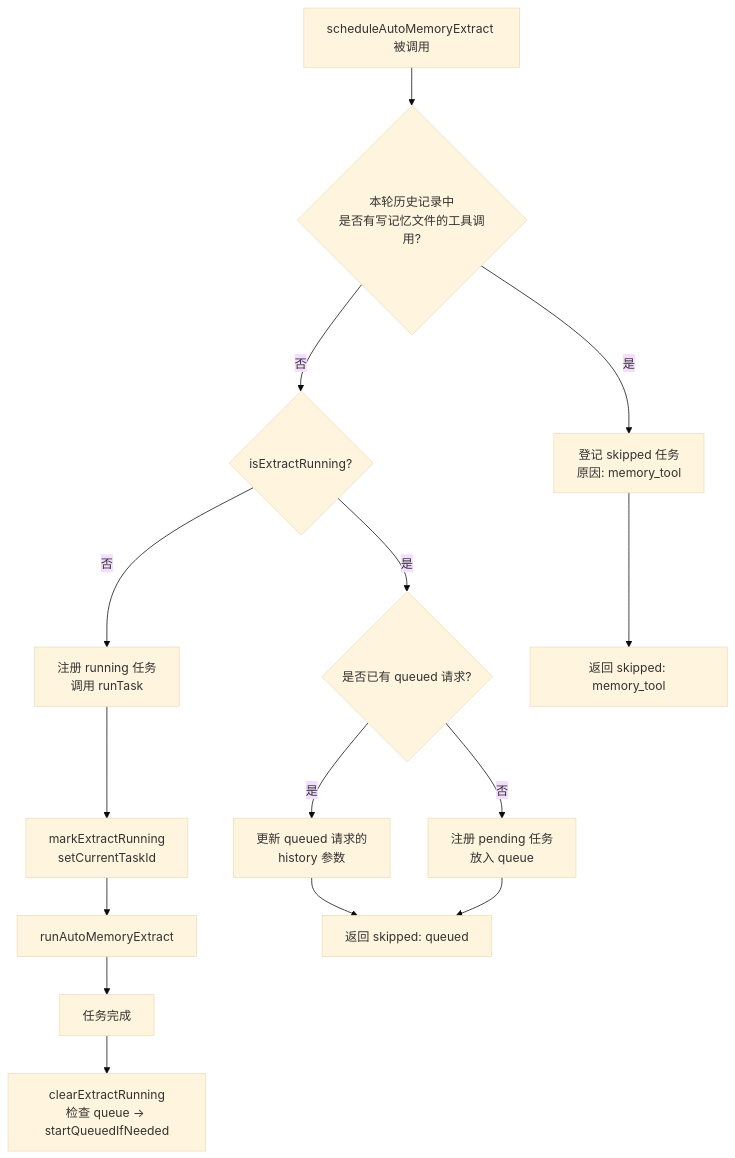
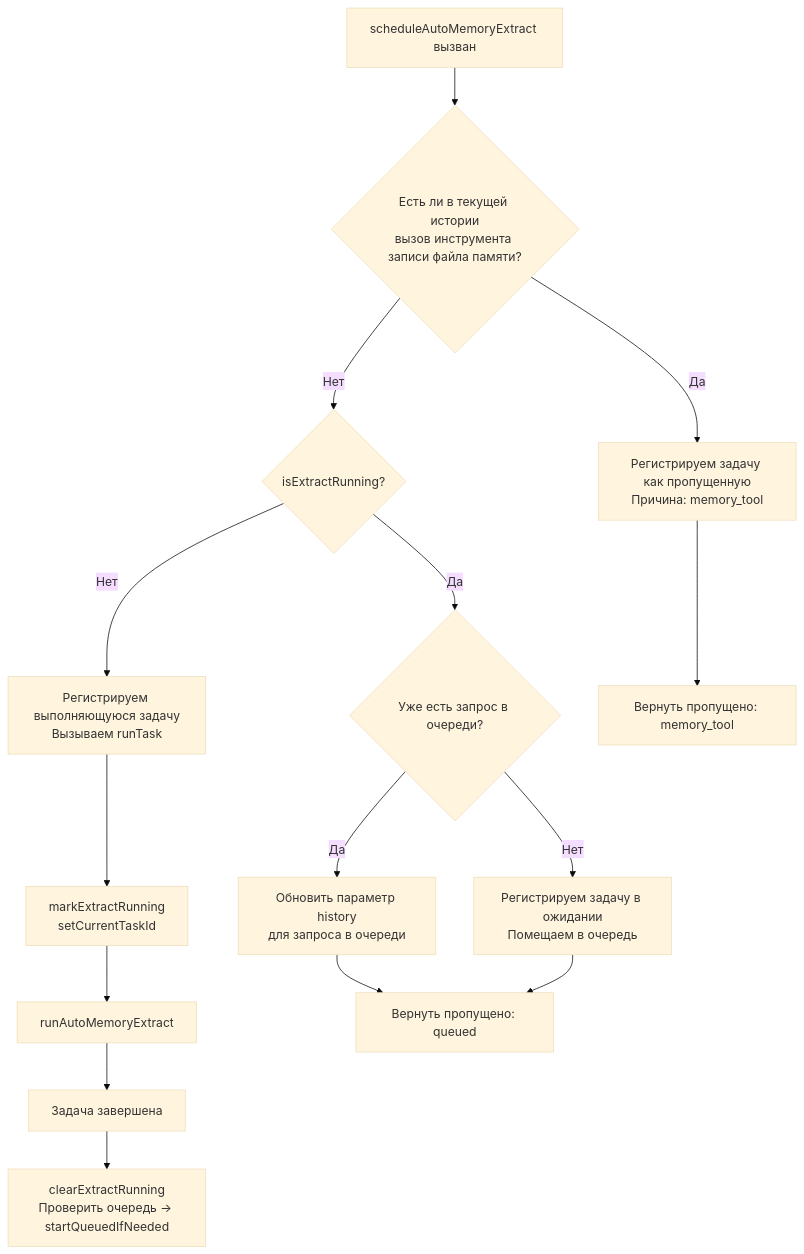
Before and after one commit to QwenLM/qwen-code-docs: the second of 7 diagrams in website/content/ru/design/auto-memory/memory-system.md, drawn with Mermaid (base theme). The commit also changed other lines of this file and 471 other files, not shown here.

````diff
--- a/website/content/ru/design/auto-memory/memory-system.md
+++ b/website/content/ru/design/auto-memory/memory-system.md
@@ -187,17 +186,17 @@
 ```mermaid
 flowchart TD
-    A[scheduleAutoMemoryExtract 被调用] --> B{本轮历史记录中\n是否有写记忆文件的工具调用?}
-    B -- 是 --> C[登记 skipped 任务\n原因: memory_tool]
-    B -- 否 --> D{isExtractRunning?}
-    D -- 是 --> E{是否已有 queued 请求?}
-    E -- 是 --> F[更新 queued 请求的\nhistory 参数]
-    E -- 否 --> G[注册 pending 任务\n放入 queue]
-    D -- 否 --> H[注册 running 任务\n调用 runTask]
+    A[scheduleAutoMemoryExtract вызван] --> B{Есть ли в текущей истории\nвызов инструмента записи файла памяти?}
+    B -- Да --> C[Регистрируем задачу как пропущенную\nПричина: memory_tool]
+    B -- Нет --> D{isExtractRunning?}
+    D -- Да --> E{Уже есть запрос в очереди?}
+    E -- Да --> F[Обновить параметр history\nдля запроса в очереди]
+    E -- Нет --> G[Регистрируем задачу в ожидании\nПомещаем в очередь]
+    D -- Нет --> H[Регистрируем выполняющуюся задачу\nВызываем runTask]
     H --> I[markExtractRunning\nsetCurrentTaskId]
     I --> J[runAutoMemoryExtract]
-    J --> K[任务完成]
-    K --> L[clearExtractRunning\n检查 queue → startQueuedIfNeeded]
-    F --> M[返回 skipped: queued]
+    J --> K[Задача завершена]
+    K --> L[clearExtractRunning\nПроверить очередь → startQueuedIfNeeded]
+    F --> M[Вернуть пропущено: queued]
     G --> M
-    C --> N[返回 skipped: memory_tool]
+    C --> N[Вернуть пропущено: memory_tool]
 ```
````
